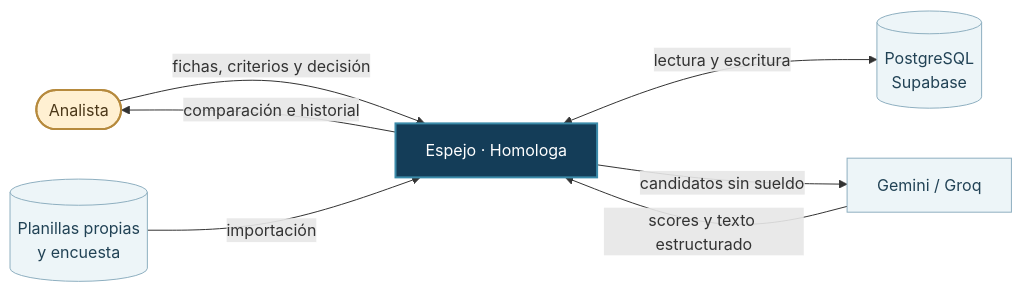
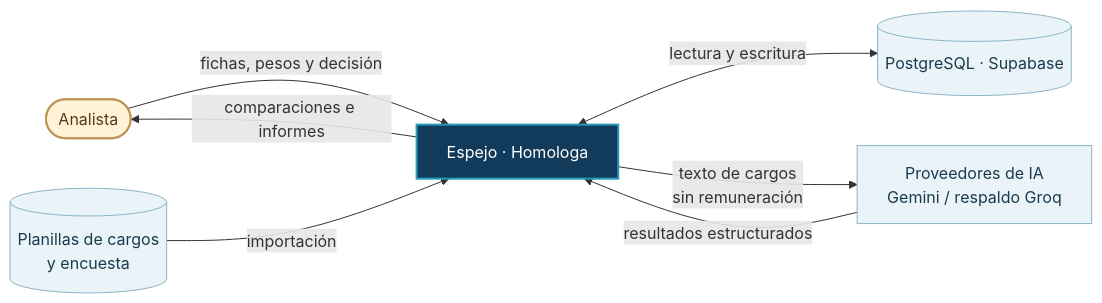
The first of 4 diagrams in docs/tecnica/01-arquitectura.md (NicoCG32/Espejo-Homologa), drawn with Mermaid before and after one commit. The commit also changed other lines of this file and 21 other files, not shown here.

````diff
--- a/docs/tecnica/01-arquitectura.md
+++ b/docs/tecnica/01-arquitectura.md
@@ -7,15 +7,15 @@
 ```mermaid
 flowchart LR
-  Analista([Analista]) -->|fichas, criterios y decisión| App[Espejo · Homologa]
-  App -->|comparación e historial| Analista
-  Encuesta[(Planillas propias<br/>y encuesta)] -->|importación| App
-  App <-->|lectura y escritura| Datos[(PostgreSQL<br/>Supabase)]
-  App -->|candidatos sin sueldo| IA[Gemini / Groq]
-  IA -->|scores y texto estructurado| App
-  classDef actor fill:#FFF0D2,stroke:#B68A3D,color:#4B3718,stroke-width:2px;
-  classDef app fill:#143D58,stroke:#3B8BAA,color:#FFF,stroke-width:2px;
-  classDef ext fill:#EDF5F8,stroke:#8EAFC0,color:#214255;
-  class Analista actor;
-  class App app;
-  class Encuesta,Datos,IA ext;
+  A([Analista]) -->|fichas, pesos y decisión| S["Espejo · Homologa"]
+  S -->|comparaciones e informes| A
+  X[(Planillas de cargos<br/>y encuesta)] -->|importación| S
+  S <-->|lectura y escritura| D[("PostgreSQL · Supabase")]
+  S -->|texto de cargos<br/>sin remuneración| I["Proveedores de IA<br/>Gemini / respaldo Groq"]
+  I -->|resultados estructurados| S
+  classDef human fill:#FFF2D6,stroke:#BD9556,color:#563C18,stroke-width:2px;
+  classDef core fill:#123B5B,stroke:#2699BC,color:#FFFFFF,stroke-width:2px;
+  classDef ext fill:#EAF4F8,stroke:#8BB4C4,color:#193A4D;
+  class A human;
+  class S core;
+  class X,D,I ext;
 ```
````
